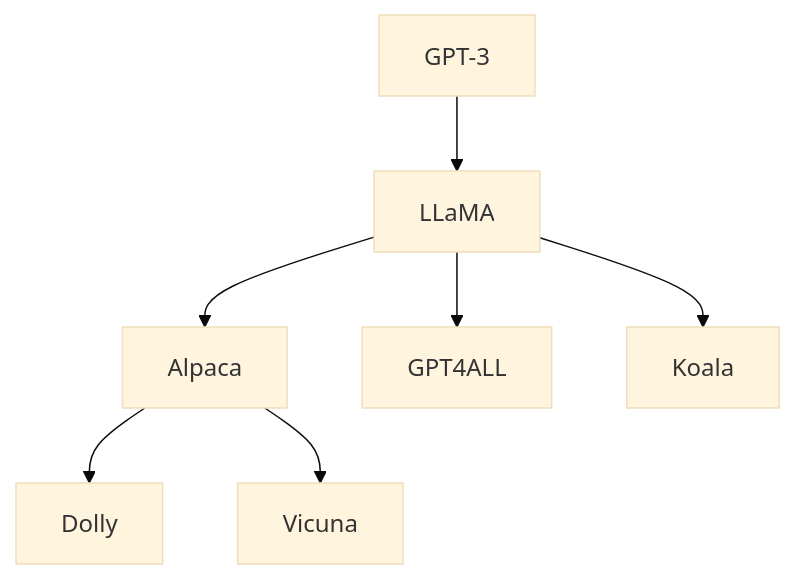
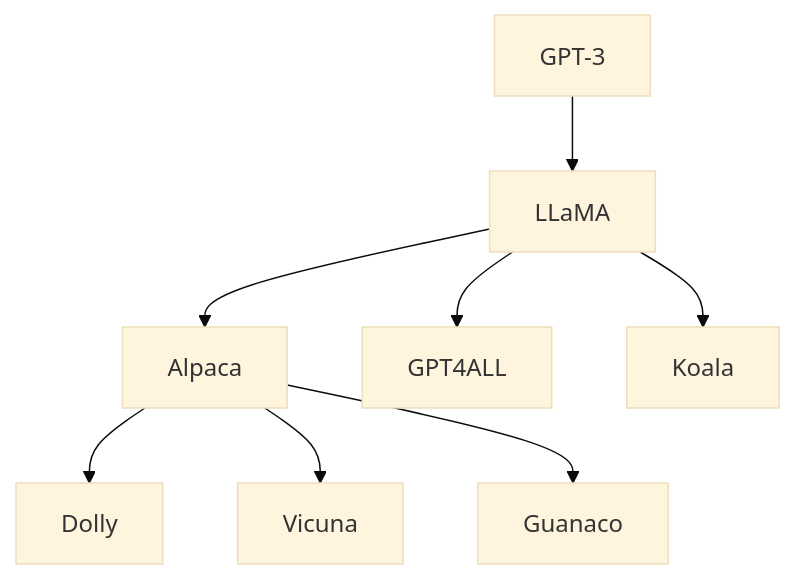
Diagram 16 of 20 in doc/llm.md (ted-sharp/chatvox), drawn with Mermaid (base theme) before and after one commit. The commit also changed other lines of this file, not shown here.

````diff
--- a/doc/llm.md
+++ b/doc/llm.md
@@ -700,8 +703,9 @@
 ```mermaid
 flowchart
 
 GPT-3 --> LLaMA --> Alpaca --> Dolly
 Alpaca --> Vicuna
 LLaMA --> GPT4ALL
 LLaMA --> Koala
+Alpaca --> Guanaco
 ```
````
